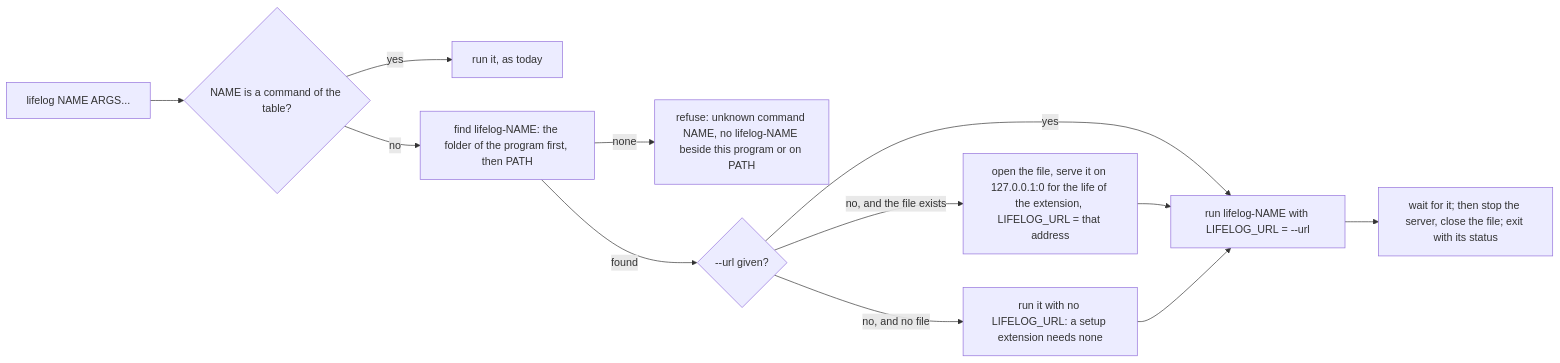
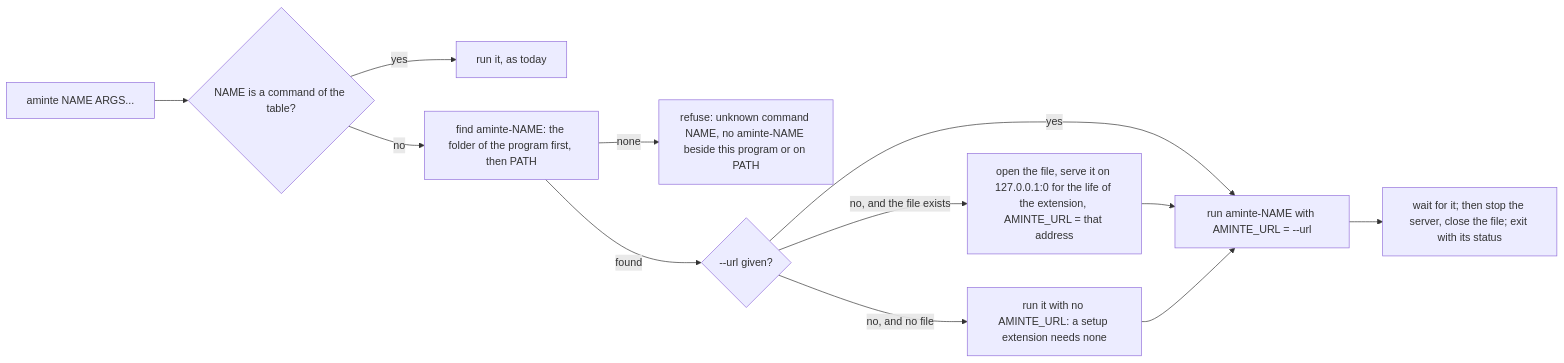
Before and after one commit to alexradunet/aminte: the first of 6 diagrams in extensions/README.md, drawn with Mermaid. The commit also changed other lines of this file and 554 other files, not shown here.

First line of the commit message:
rename the project from lifelog to aminte

````diff
--- a/extensions/README.md
+++ b/extensions/README.md
@@ -30,14 +30,14 @@
 ```mermaid
 flowchart LR
-  U["lifelog NAME ARGS..."] --> B{"NAME is a command of the table?"}
+  U["aminte NAME ARGS..."] --> B{"NAME is a command of the table?"}
   B -->|"yes"| R["run it, as today"]
-  B -->|"no"| F["find lifelog-NAME: the folder of the program first, then PATH"]
-  F -->|"none"| N["refuse: unknown command NAME, no lifelog-NAME beside this program or on PATH"]
+  B -->|"no"| F["find aminte-NAME: the folder of the program first, then PATH"]
+  F -->|"none"| N["refuse: unknown command NAME, no aminte-NAME beside this program or on PATH"]
   F -->|"found"| D{"--url given?"}
-  D -->|"yes"| X["run lifelog-NAME with LIFELOG_URL = --url"]
-  D -->|"no, and the file exists"| T["open the file, serve it on 127.0.0.1:0 for the life of the extension, LIFELOG_URL = that address"]
-  D -->|"no, and no file"| Z["run it with no LIFELOG_URL: a setup extension needs none"]
+  D -->|"yes"| X["run aminte-NAME with AMINTE_URL = --url"]
+  D -->|"no, and the file exists"| T["open the file, serve it on 127.0.0.1:0 for the life of the extension, AMINTE_URL = that address"]
+  D -->|"no, and no file"| Z["run it with no AMINTE_URL: a setup extension needs none"]
   T --> X
   Z --> X
   X --> W["wait for it; then stop the server, close the file; exit with its status"]
 ```
````
